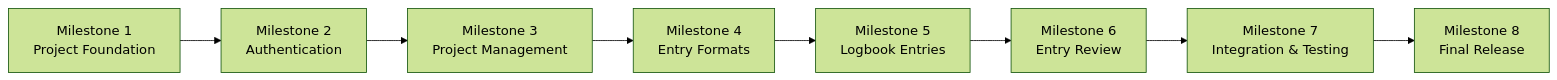
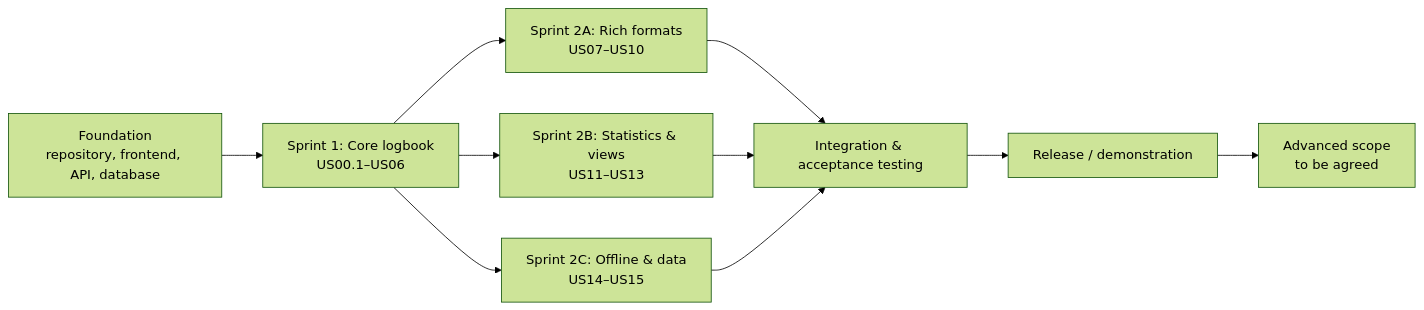
One commit to DiMpho-20/coms3011a-logbook-digital-logbook changed the first of 2 diagrams in docs/design/roadmap.md. Above: the diagram before and after it, drawn with Mermaid (forest theme). The commit also changed other lines of this file, not shown here.

Commit message:
docs: expand full project roadmap

````diff
--- a/docs/design/roadmap.md
+++ b/docs/design/roadmap.md
@@ -11,10 +17,12 @@
 ```mermaid
 flowchart LR
-    A["Milestone 1<br/>Project Foundation"] --> B["Milestone 2<br/>Authentication"]
-    B --> C["Milestone 3<br/>Project Management"]
-    C --> D["Milestone 4<br/>Entry Formats"]
-    D --> E["Milestone 5<br/>Logbook Entries"]
-    E --> F["Milestone 6<br/>Entry Review"]
-    F --> G["Milestone 7<br/>Integration & Testing"]
-    G --> H["Milestone 8<br/>Final Release"]
+    F["Foundation<br/>repository, frontend, API, database"] --> S1["Sprint 1: Core logbook<br/>US00.1–US06"]
+    S1 --> P1["Sprint 2A: Rich formats<br/>US07–US10"]
+    S1 --> P2["Sprint 2B: Statistics & views<br/>US11–US13"]
+    S1 --> P3["Sprint 2C: Offline & data<br/>US14–US15"]
+    P1 --> I["Integration & acceptance testing"]
+    P2 --> I
+    P3 --> I
+    I --> R["Release / demonstration"]
+    R --> A["Advanced scope<br/>to be agreed"]
 ```
````
